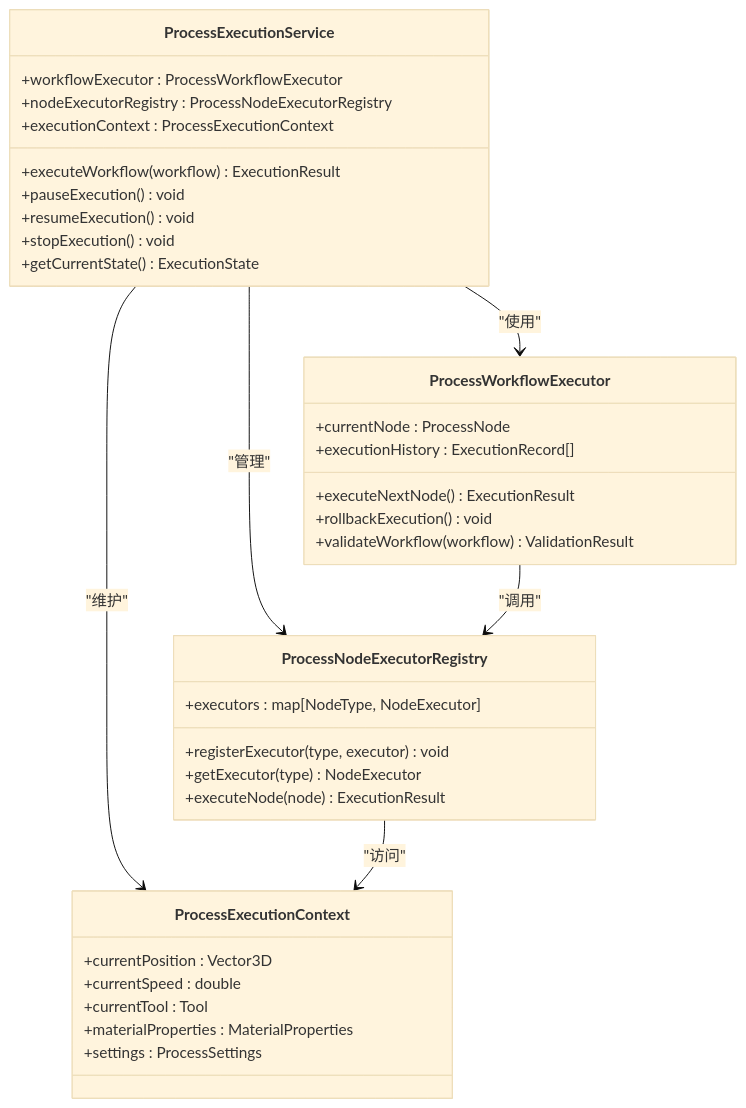
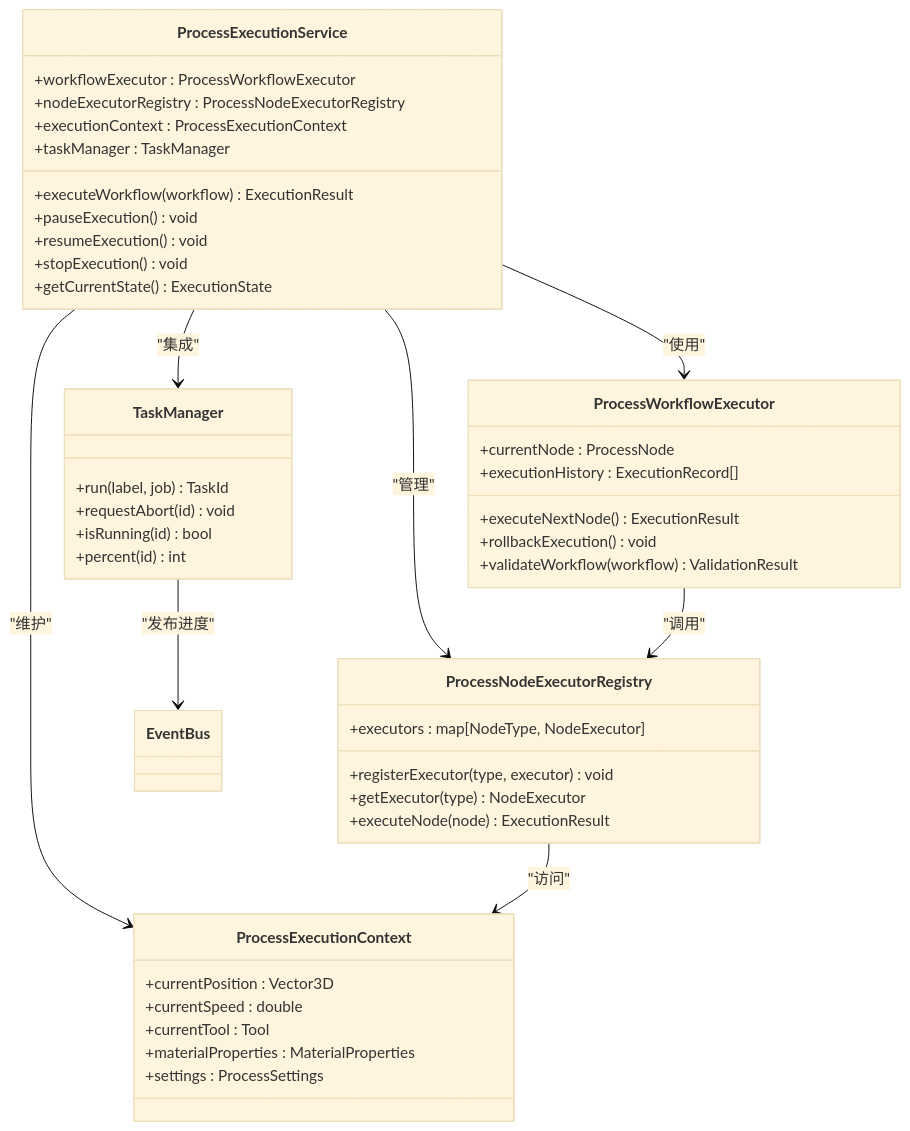
One commit to super1wang/LaserCNCv1.0 changed the fifth of 18 diagrams in .qoder/repowiki/zh/content/项目概述/模块设计/Process模块设计/Process模块服务管理架构改进.md. Above: the diagram before and after it, drawn with Mermaid (base theme). The commit also changed other lines of this file and 159 other files, not shown here.

````diff
--- a/.qoder/repowiki/zh/content/项目概述/模块设计/Process模块设计/Process模块服务管理架构改进.md
+++ b/.qoder/repowiki/zh/content/项目概述/模块设计/Process模块设计/Process模块服务管理架构改进.md
@@ -318,38 +370,47 @@
 ```mermaid
 classDiagram
 class ProcessExecutionService {
 +workflowExecutor : ProcessWorkflowExecutor
 +nodeExecutorRegistry : ProcessNodeExecutorRegistry
 +executionContext : ProcessExecutionContext
++taskManager : TaskManager
 +executeWorkflow(workflow) ExecutionResult
 +pauseExecution() void
 +resumeExecution() void
 +stopExecution() void
 +getCurrentState() ExecutionState
 }
 class ProcessWorkflowExecutor {
 +currentNode : ProcessNode
 +executionHistory : ExecutionRecord[]
 +executeNextNode() ExecutionResult
 +rollbackExecution() void
 +validateWorkflow(workflow) ValidationResult
 }
 class ProcessNodeExecutorRegistry {
 +executors : map[NodeType, NodeExecutor]
 +registerExecutor(type, executor) void
 +getExecutor(type) NodeExecutor
 +executeNode(node) ExecutionResult
 }
 class ProcessExecutionContext {
 +currentPosition : Vector3D
 +currentSpeed : double
 +currentTool : Tool
 +materialProperties : MaterialProperties
 +settings : ProcessSettings
 }
+class TaskManager {
++run(label, job) TaskId
++requestAbort(id) void
++isRunning(id) bool
++percent(id) int
+}
 ProcessExecutionService --> ProcessWorkflowExecutor : "使用"
 ProcessExecutionService --> ProcessNodeExecutorRegistry : "管理"
 ProcessExecutionService --> ProcessExecutionContext : "维护"
+ProcessExecutionService --> TaskManager : "集成"
 ProcessWorkflowExecutor --> ProcessNodeExecutorRegistry : "调用"
 ProcessNodeExecutorRegistry --> ProcessExecutionContext : "访问"
+TaskManager --> EventBus : "发布进度"
 ```
````
